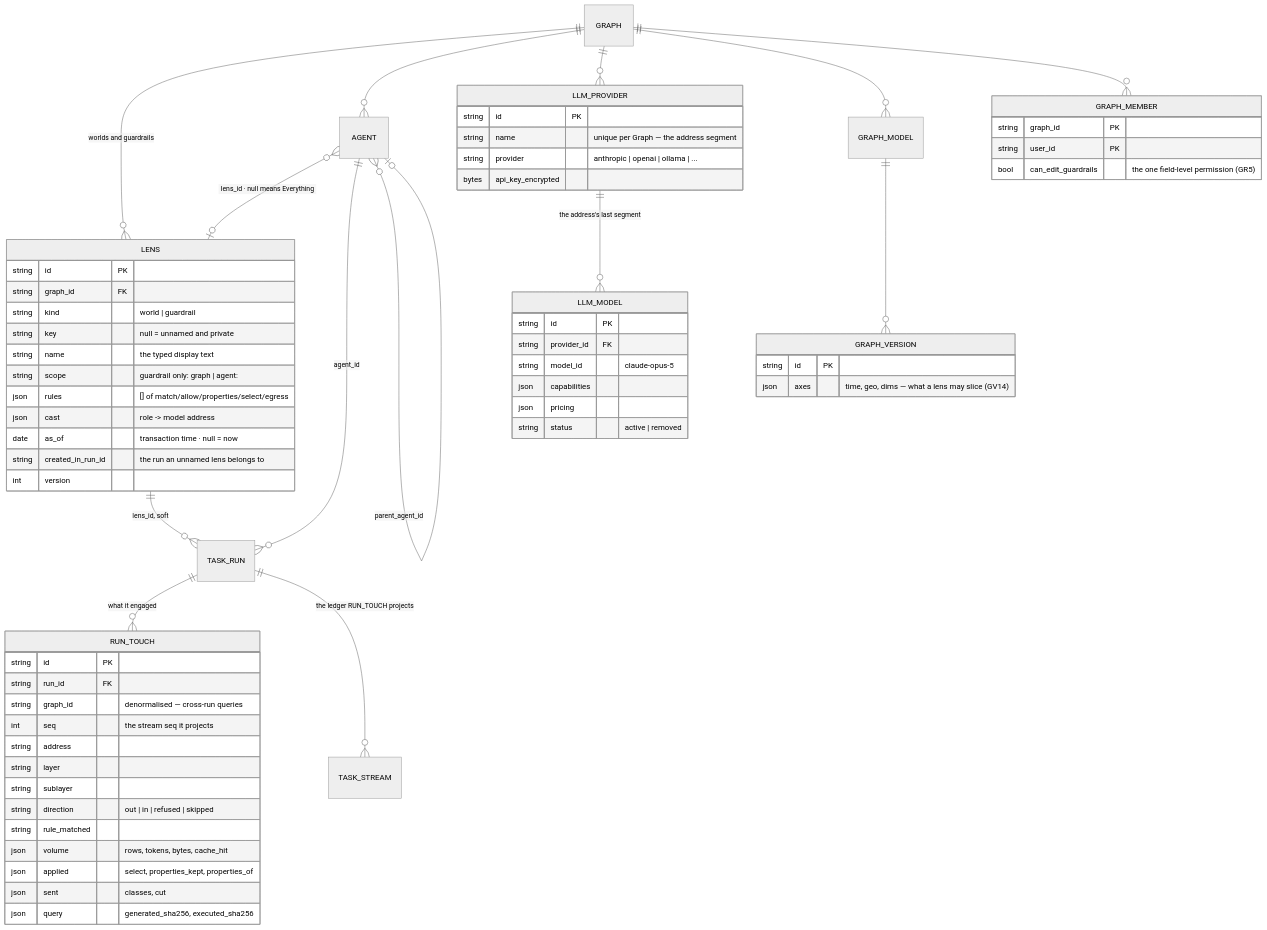
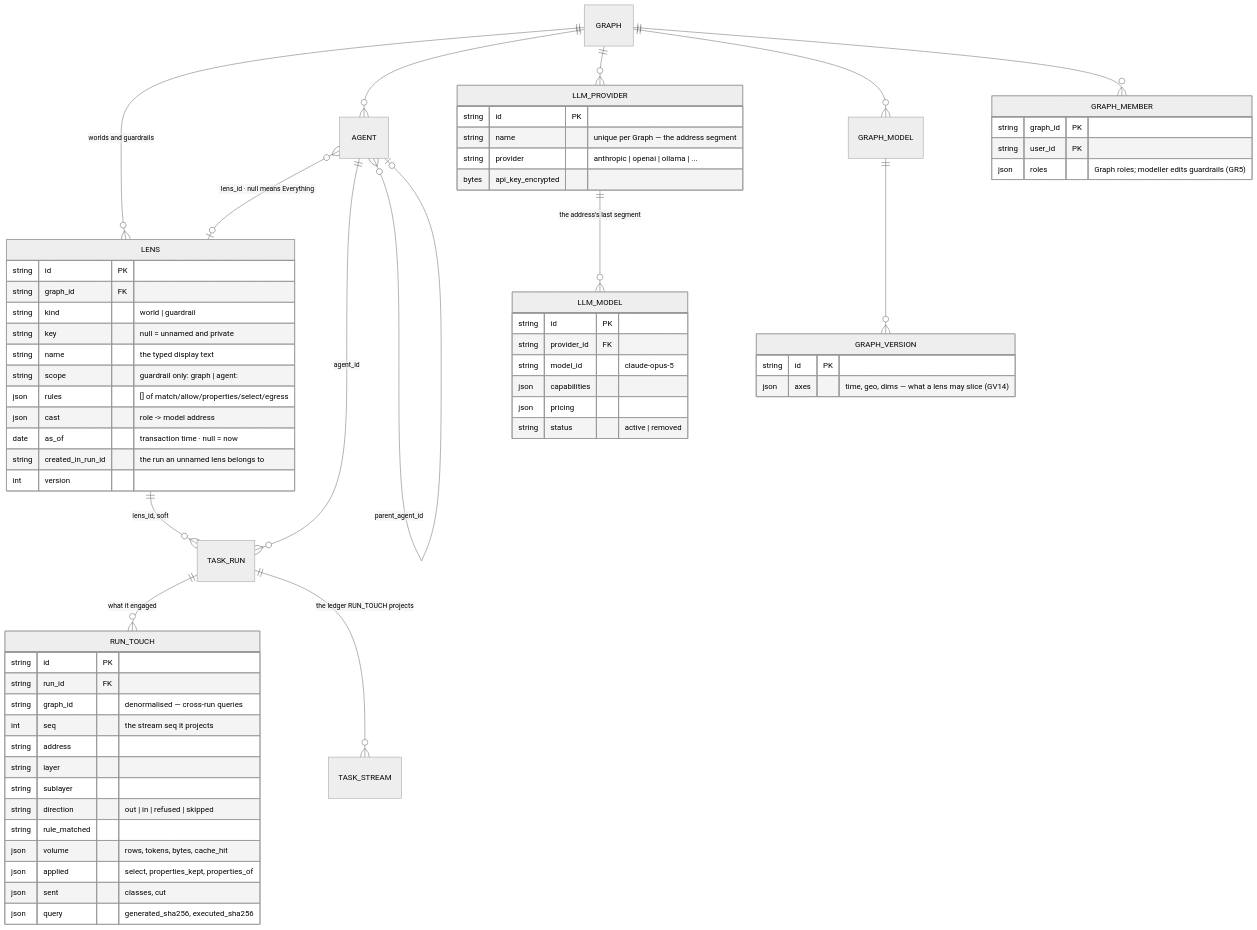
Before and after one commit to invana/invana: the diagram in docs/for-developers/building-engine/govern-and-agents-data-model.md, drawn with Mermaid (neutral theme). The commit also changed other lines of this file and 56 other files, not shown here.

````diff
--- a/docs/for-developers/building-engine/govern-and-agents-data-model.md
+++ b/docs/for-developers/building-engine/govern-and-agents-data-model.md
@@ -308,71 +308,71 @@
 ```mermaid
 erDiagram
     GRAPH        ||--o{ LENS          : "worlds and guardrails"
     GRAPH        ||--o{ AGENT         : ""
     GRAPH        ||--o{ LLM_PROVIDER  : ""
     GRAPH        ||--o{ GRAPH_MODEL   : ""
     GRAPH        ||--o{ GRAPH_MEMBER  : ""
 
     LLM_PROVIDER ||--o{ LLM_MODEL     : "the address's last segment"
     GRAPH_MODEL  ||--o{ GRAPH_VERSION : ""
 
     AGENT        }o--o| LENS          : "lens_id · null means Everything"
     AGENT        ||--o{ TASK_RUN      : "agent_id"
     AGENT        }o--o| AGENT         : "parent_agent_id"
 
     LENS         ||--o{ TASK_RUN      : "lens_id, soft"
     TASK_RUN     ||--o{ RUN_TOUCH     : "what it engaged"
     TASK_RUN     ||--o{ TASK_STREAM   : "the ledger RUN_TOUCH projects"
 
     LENS {
         string  id                PK
         string  graph_id          FK
         string  kind              "world | guardrail"
         string  key               "null = unnamed and private"
         string  name              "the typed display text"
         string  scope             "guardrail only: graph | agent:<id>"
         json    rules             "[] of match/allow/properties/select/egress"
         json    cast              "role -> model address"
         date    as_of             "transaction time · null = now"
         string  created_in_run_id "the run an unnamed lens belongs to"
         int     version
     }
     RUN_TOUCH {
         string  id        PK
         string  run_id    FK
         string  graph_id  "denormalised — cross-run queries"
         int     seq       "the stream seq it projects"
         string  address
         string  layer
         string  sublayer
         string  direction "out | in | refused | skipped"
         string  rule_matched
         json    volume    "rows, tokens, bytes, cache_hit"
         json    applied   "select, properties_kept, properties_of"
         json    sent      "classes, cut"
         json    query     "generated_sha256, executed_sha256"
     }
     LLM_PROVIDER {
         string  id        PK
         string  name      "unique per Graph — the address segment"
         string  provider  "anthropic | openai | ollama | ..."
         bytes   api_key_encrypted
     }
     LLM_MODEL {
         string  id          PK
         string  provider_id FK
         string  model_id    "claude-opus-5"
         json    capabilities
         json    pricing
         string  status      "active | removed"
     }
     GRAPH_VERSION {
         string  id    PK
         json    axes  "time, geo, dims — what a lens may slice (GV14)"
     }
     GRAPH_MEMBER {
         string  graph_id            PK
         string  user_id             PK
-        bool    can_edit_guardrails "the one field-level permission (GR5)"
+        json    roles "Graph roles; modeller edits guardrails (GR5)"
     }
 ```
````
